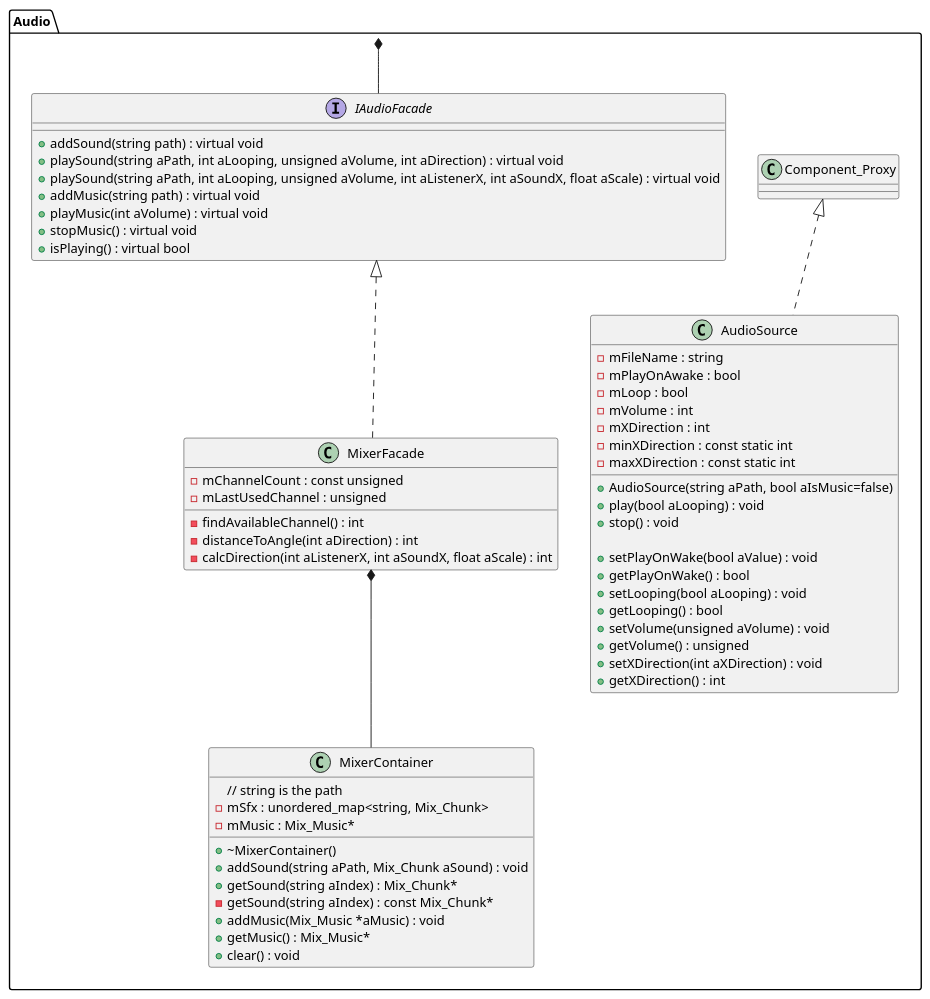
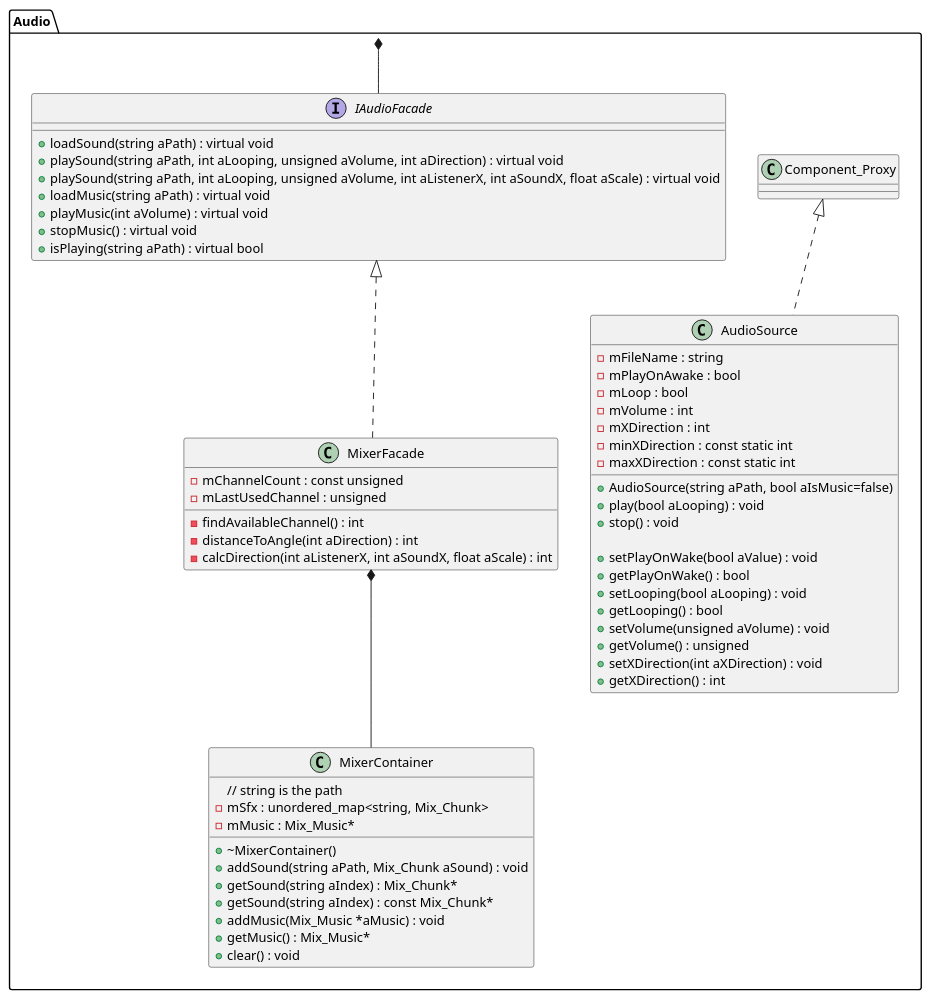
The diagram in docs/Diagrams/classDiagramPackages/audioPackage.puml (Seger01/GameEngine), drawn with PlantUML before and after one commit. The commit also changed 1 other file, not shown here.

```diff
--- a/docs/Diagrams/classDiagramPackages/audioPackage.puml
+++ b/docs/Diagrams/classDiagramPackages/audioPackage.puml
@@ -1,65 +1,65 @@
 @startuml audioPackageClassDiagram
 
 package Audio{
     class Component_Proxy {}
 
 class AudioSource implements Component_Proxy{
     - mFileName : string
     - mPlayOnAwake : bool
     - mLoop : bool
     - mVolume : int
     - mXDirection : int
     - minXDirection : const static int
     - maxXDirection : const static int
     + AudioSource(string aPath, bool aIsMusic=false)
     + play(bool aLooping) : void
     + stop() : void 
 
     + setPlayOnWake(bool aValue) : void
     + getPlayOnWake() : bool
     + setLooping(bool aLooping) : void
     + getLooping() : bool
     + setVolume(unsigned aVolume) : void
     + getVolume() : unsigned
     + setXDirection(int aXDirection) : void
     + getXDirection() : int
 }
 
 interface IAudioFacade {
-    + addSound(string path) : virtual void
+    + loadSound(string aPath) : virtual void
     + playSound(string aPath, int aLooping, unsigned aVolume, int aDirection) : virtual void
     + playSound(string aPath, int aLooping, unsigned aVolume, int aListenerX, int aSoundX, float aScale) : virtual void
-    + addMusic(string path) : virtual void
+    + loadMusic(string aPath) : virtual void
     + playMusic(int aVolume) : virtual void
     + stopMusic() : virtual void
-    + isPlaying() : virtual bool
+    + isPlaying(string aPath) : virtual bool
 }
 
 class MixerFacade implements IAudioFacade {
     - mChannelCount : const unsigned
     - mLastUsedChannel : unsigned
     - findAvailableChannel() : int
     - distanceToAngle(int aDirection) : int
     - calcDirection(int aListenerX, int aSoundX, float aScale) : int
 }
 
 class MixerContainer {
     // string is the path
     - mSfx : unordered_map<string, Mix_Chunk>
     - mMusic : Mix_Music*
     + ~MixerContainer()
     + addSound(string aPath, Mix_Chunk aSound) : void
     + getSound(string aIndex) : Mix_Chunk*
-    - getSound(string aIndex) : const Mix_Chunk*
+    + getSound(string aIndex) : const Mix_Chunk*
     + addMusic(Mix_Music *aMusic) : void
     + getMusic() : Mix_Music*
     + clear() : void
 }
 
 MixerFacade *-- MixerContainer
 
 }
 
 Audio *--IAudioFacade
 
 @enduml
```
